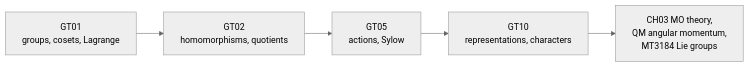
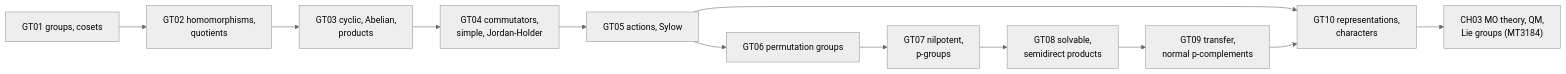
The diagram in 10-Group-Theory/Group Theory - Course Map.md (etswastik712/notes), drawn with Mermaid (neutral theme) before and after one commit. The commit also changed other lines of this file and 80 other files, not shown here.

````diff
--- a/10-Group-Theory/Group Theory - Course Map.md
+++ b/10-Group-Theory/Group Theory - Course Map.md
@@ -26,7 +41,14 @@
 ```mermaid
 flowchart LR
-  A["GT01<br/>groups, cosets, Lagrange"] --> B["GT02<br/>homomorphisms, quotients"]
-  B --> C["GT05<br/>actions, Sylow"]
-  C --> D["GT10<br/>representations, characters"]
-  D --> E["CH03 MO theory,<br/>QM angular momentum,<br/>MT3184 Lie groups"]
+  A["GT01 groups, cosets"] --> B["GT02 homomorphisms,<br/>quotients"]
+  B --> C["GT03 cyclic, Abelian,<br/>products"]
+  C --> D["GT04 commutators,<br/>simple, Jordan-Holder"]
+  D --> E["GT05 actions, Sylow"]
+  E --> F["GT06 permutation groups"]
+  F --> G["GT07 nilpotent,<br/>p-groups"]
+  G --> H["GT08 solvable,<br/>semidirect products"]
+  H --> I["GT09 transfer,<br/>normal p-complements"]
+  E --> J["GT10 representations,<br/>characters"]
+  I --> J
+  J --> K["CH03 MO theory, QM,<br/>Lie groups (MT3184)"]
 ```
````
